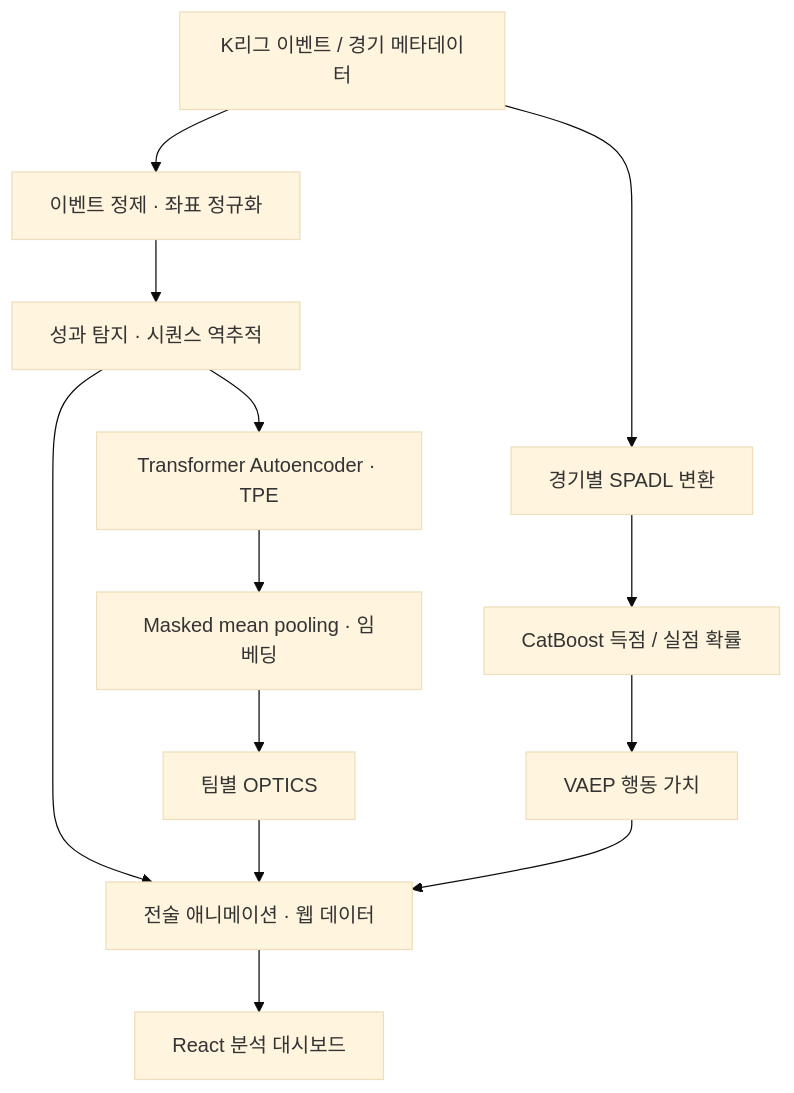
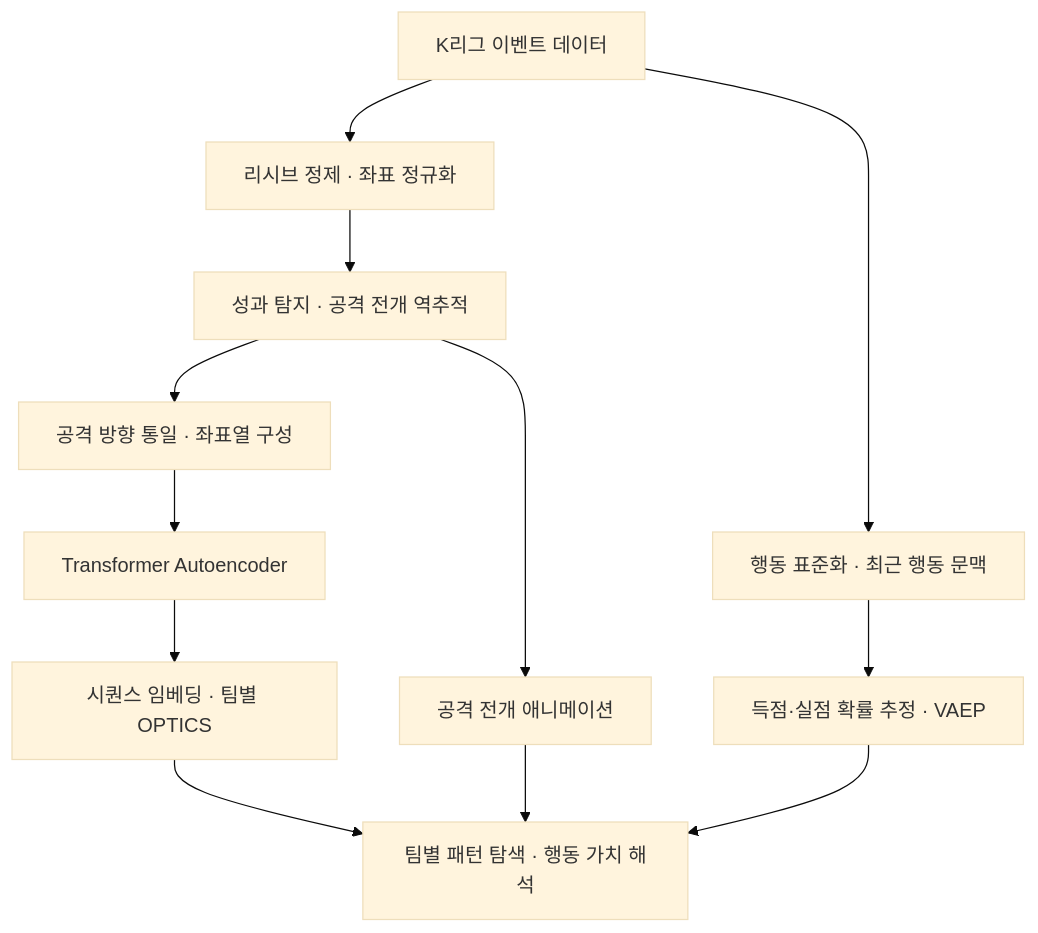
Before and after one commit to ryutt919/deTACTer2: the diagram in README.md, drawn with Mermaid (base theme). The commit also changed other lines of this file, not shown here.

````diff
--- a/README.md
+++ b/README.md
@@ -28,15 +32,14 @@
 ```mermaid
 flowchart TD
-    A["K리그 이벤트 / 경기 메타데이터"] --> B["이벤트 정제 · 좌표 정규화"]
-    A --> C["경기별 SPADL 변환"]
-    B --> D["성과 탐지 · 시퀀스 역추적"]
-    D --> E["Transformer Autoencoder · TPE"]
-    E --> F["Masked mean pooling · 임베딩"]
-    F --> G["팀별 OPTICS"]
-    C --> H["CatBoost 득점 / 실점 확률"]
-    H --> I["VAEP 행동 가치"]
-    D --> J["전술 애니메이션 · 웹 데이터"]
-    G --> J
+    A["K리그 이벤트 데이터"] --> B["리시브 정제 · 좌표 정규화"]
+    B --> C["성과 탐지 · 공격 전개 역추적"]
+    C --> D["공격 방향 통일 · 좌표열 구성"]
+    D --> E["Transformer Autoencoder"]
+    E --> F["시퀀스 임베딩 · 팀별 OPTICS"]
+    A --> G["행동 표준화 · 최근 행동 문맥"]
+    G --> H["득점·실점 확률 추정 · VAEP"]
+    C --> I["공격 전개 애니메이션"]
+    F --> J["팀별 패턴 탐색 · 행동 가치 해석"]
+    H --> J
     I --> J
-    J --> K["React 분석 대시보드"]
 ```
````
